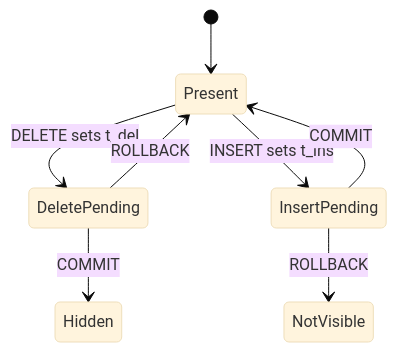
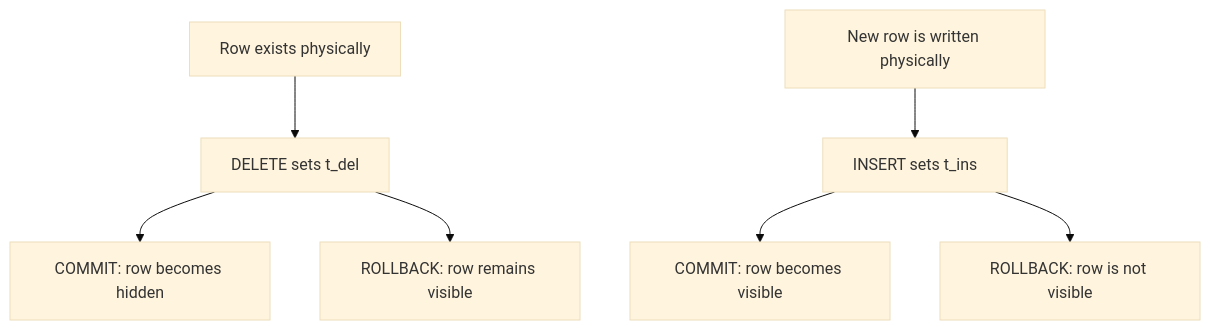
The third of 3 diagrams in src/content/blog/building-andb-a-sql-database-from-scratch.mdx (Anurag-Raut/Portfolio), drawn with Mermaid (base theme) before and after one commit. The commit also changed other lines of this file, not shown here.

Commit message:
fix: improve ANDB blog diagrams

````diff
--- a/src/content/blog/building-andb-a-sql-database-from-scratch.mdx
+++ b/src/content/blog/building-andb-a-sql-database-from-scratch.mdx
@@ -184,10 +184,9 @@
 ```mermaid
-stateDiagram-v2
-    [*] --> Present
-    Present --> DeletePending: DELETE sets t_del
-    DeletePending --> Hidden: COMMIT
-    DeletePending --> Present: ROLLBACK
-    Present --> InsertPending: INSERT sets t_ins
-    InsertPending --> Present: COMMIT
-    InsertPending --> NotVisible: ROLLBACK
+flowchart TD
+    Existing["Row exists physically"] --> DeletePending["DELETE sets t_del"]
+    DeletePending --> Hidden["COMMIT: row becomes hidden"]
+    DeletePending --> VisibleAgain["ROLLBACK: row remains visible"]
+    NewRow["New row is written physically"] --> InsertPending["INSERT sets t_ins"]
+    InsertPending --> Visible["COMMIT: row becomes visible"]
+    InsertPending --> NotVisible["ROLLBACK: row is not visible"]
 ```
````
